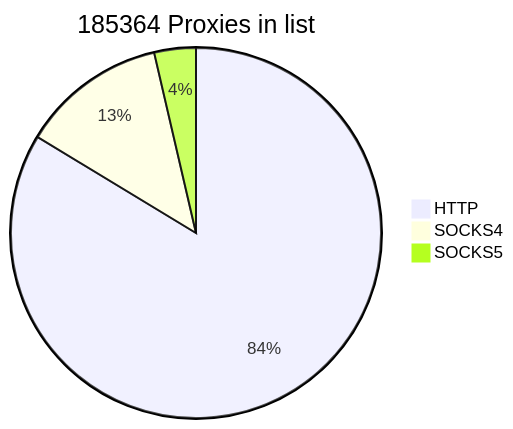
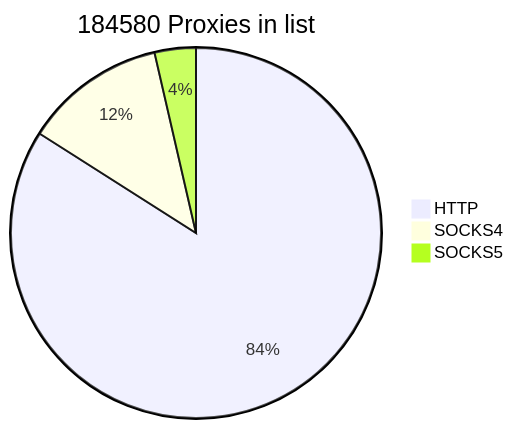
The first of 2 diagrams in README.md (cutipu/proxylist), drawn with Mermaid before and after one commit. The commit also changed other lines of this file, not shown here.

````diff
--- a/README.md
+++ b/README.md
@@ -2,7 +2,7 @@
 ```mermaid
-pie title 185364 Proxies in list
-    "HTTP" : 155091
-    "SOCKS4" : 23543
-    "SOCKS5" : 6730
+pie title 184580 Proxies in list
+    "HTTP" : 155067
+    "SOCKS4" : 22871
+    "SOCKS5" : 6642
             
 ```
````
